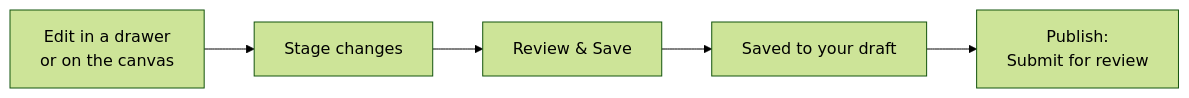
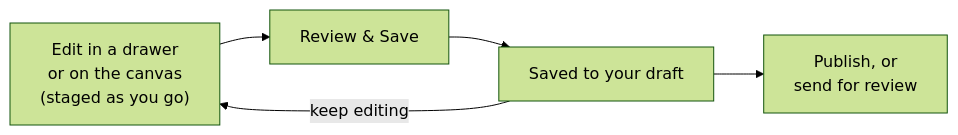
Before and after one commit to rkrumins/dataviz: the diagram in docs/guide/EDITING_IN_A_DRAFT.md, drawn with Mermaid (forest theme). The commit also changed other lines of this file and 3 other files, not shown here.

First line of the commit message:
Document editing in place, the guided Review & Save, and import highlights

````diff
--- a/docs/guide/EDITING_IN_A_DRAFT.md
+++ b/docs/guide/EDITING_IN_A_DRAFT.md
@@ -22,7 +22,7 @@
 ```mermaid
 flowchart LR
-  A["Edit in a drawer<br/>or on the canvas"] --> B["Stage changes"]
-  B --> C["Review & Save"]
+  A["Edit in a drawer<br/>or on the canvas<br/>(staged as you go)"] --> C["Review & Save"]
   C --> D["Saved to your draft"]
-  D --> E["Publish:<br/>Submit for review"]
+  D -->|"keep editing"| A
+  D --> E["Publish, or<br/>send for review"]
 ```
````
